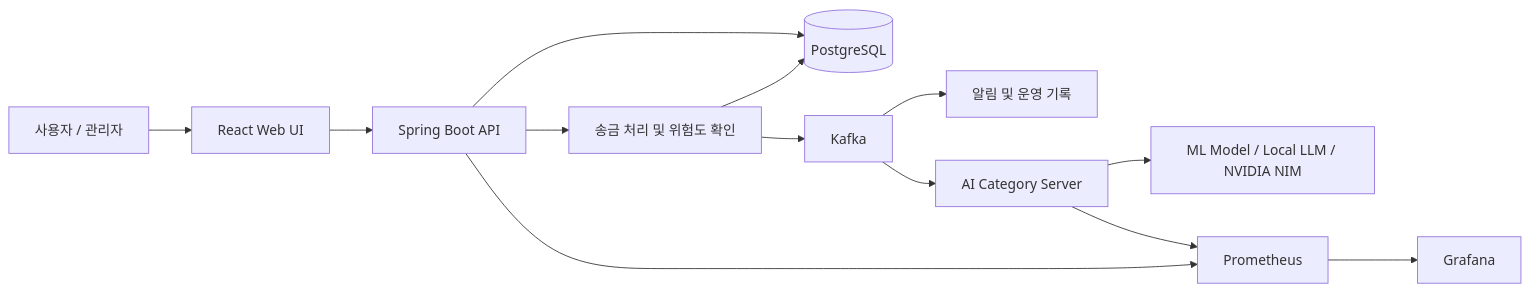
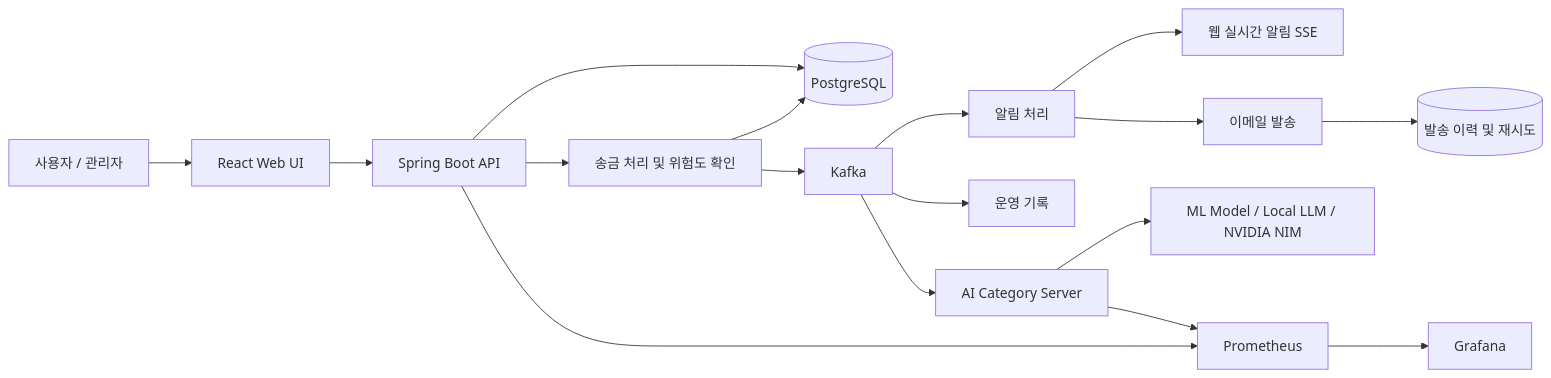
The second of 2 diagrams in README.md (bitofsyn/EzPay), drawn with Mermaid before and after one commit. The commit also changed other lines of this file and 12 other files, not shown here.

Commit message:
feat: 이메일 알림 발송 이력과 재시도 추가

````diff
--- a/README.md
+++ b/README.md
@@ -48,15 +48,19 @@
 ```mermaid
 flowchart LR
     A[사용자 / 관리자] --> B[React Web UI]
     B --> C[Spring Boot API]
     C --> D[(PostgreSQL)]
     C --> E[송금 처리 및 위험도 확인]
     E --> D
     E --> F[Kafka]
-    F --> G[알림 및 운영 기록]
+    F --> G[알림 처리]
+    G --> L[웹 실시간 알림 SSE]
+    G --> M[이메일 발송]
+    M --> N[(발송 이력 및 재시도)]
+    F --> O[운영 기록]
     F --> H[AI Category Server]
     H --> I[ML Model / Local LLM / NVIDIA NIM]
     C --> J[Prometheus]
     H --> J
     J --> K[Grafana]
 ```
````
